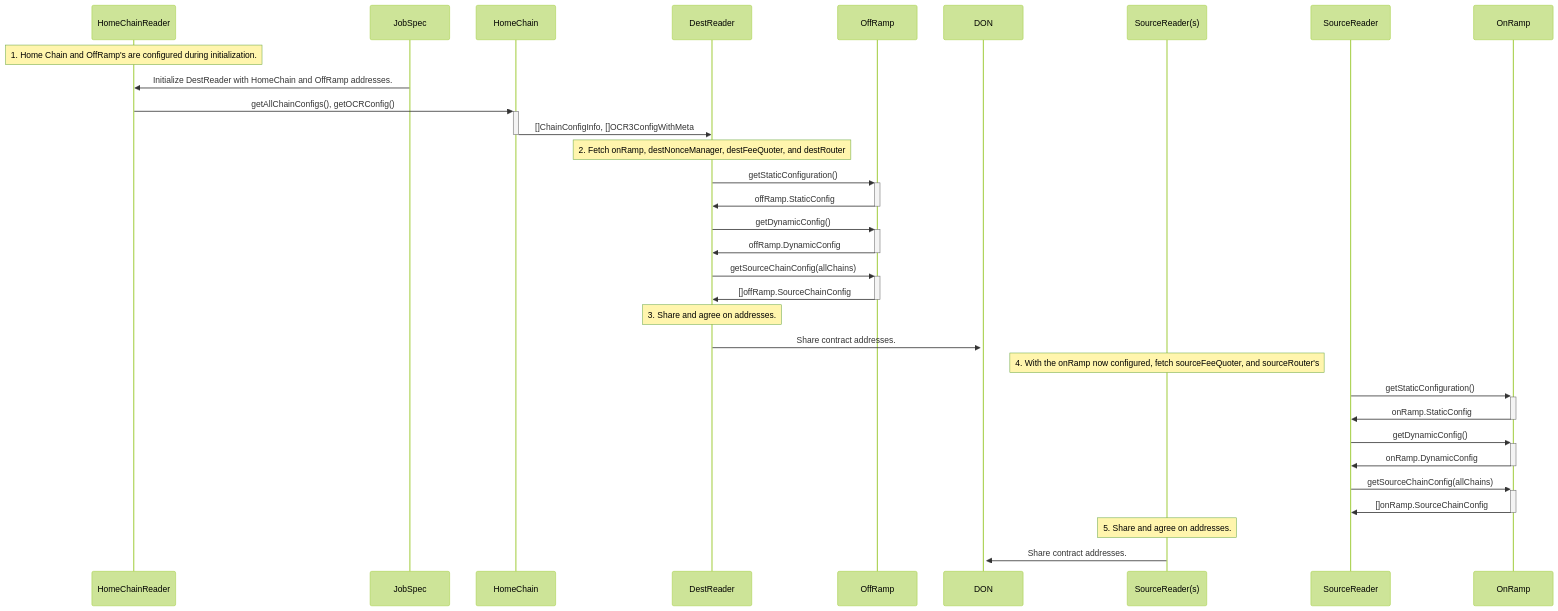
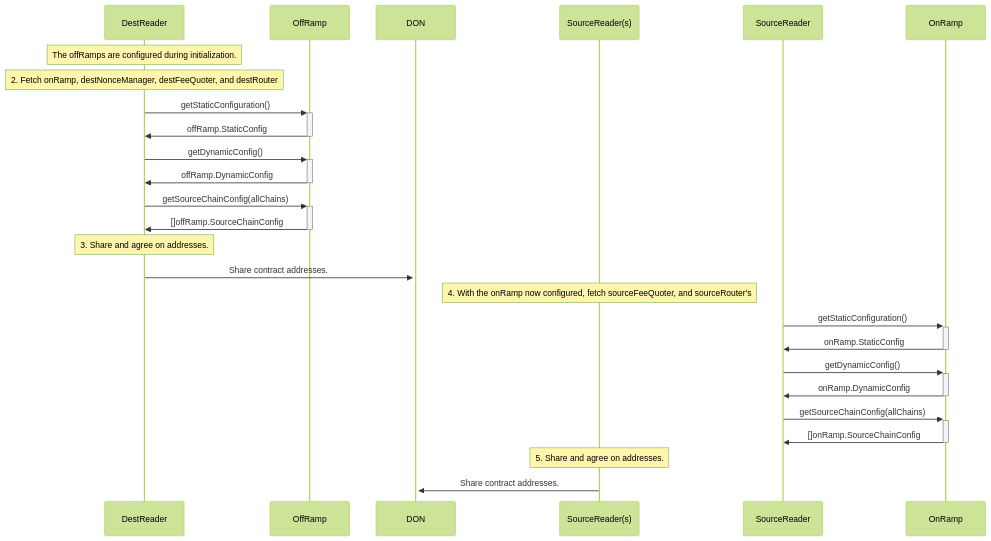
One commit to smartcontractkit/chainlink-ccip changed the diagram in docs/configuration.md. Above: the diagram before and after it, drawn with Mermaid (forest theme). The commit also changed other lines of this file and 1 other file, not shown here.

Commit message:
Feedback and attempt to simplify mermaid document.

````diff
--- a/docs/configuration.md
+++ b/docs/configuration.md
@@ -228,29 +230,25 @@
 ```mermaid
 sequenceDiagram
-note over HomeChainReader: 1. Home Chain and OffRamp's are configured during initialization.
-JobSpec ->> HomeChainReader: Initialize DestReader with HomeChain and OffRamp addresses.
-HomeChainReader ->>+ HomeChain: getAllChainConfigs(), getOCRConfig()
-HomeChain ->>- DestReader: []ChainConfigInfo, []OCR3ConfigWithMeta
-
+note over DestReader: The offRamps are configured during initialization.
 note over DestReader: 2. Fetch onRamp, destNonceManager, destFeeQuoter, and destRouter
 DestReader ->>+ OffRamp: getStaticConfiguration()
 OffRamp ->>- DestReader: offRamp.StaticConfig
 DestReader ->>+ OffRamp: getDynamicConfig()
 OffRamp ->>- DestReader: offRamp.DynamicConfig
 DestReader ->>+ OffRamp: getSourceChainConfig(allChains)
 OffRamp ->>- DestReader: []offRamp.SourceChainConfig
 
 note over DestReader: 3. Share and agree on addresses.
 DestReader ->>+ DON: Share contract addresses.
 
 note over SourceReader(s): 4. With the onRamp now configured, fetch sourceFeeQuoter, and sourceRouter's
 SourceReader ->>+ OnRamp: getStaticConfiguration()
 OnRamp ->>- SourceReader: onRamp.StaticConfig
 SourceReader ->>+ OnRamp: getDynamicConfig()
 OnRamp ->>- SourceReader: onRamp.DynamicConfig
 SourceReader ->>+ OnRamp: getSourceChainConfig(allChains)
 OnRamp ->>- SourceReader: []onRamp.SourceChainConfig
 
 note over SourceReader(s): 5. Share and agree on addresses.
 SourceReader(s) ->> DON: Share contract addresses.
 ```
````
